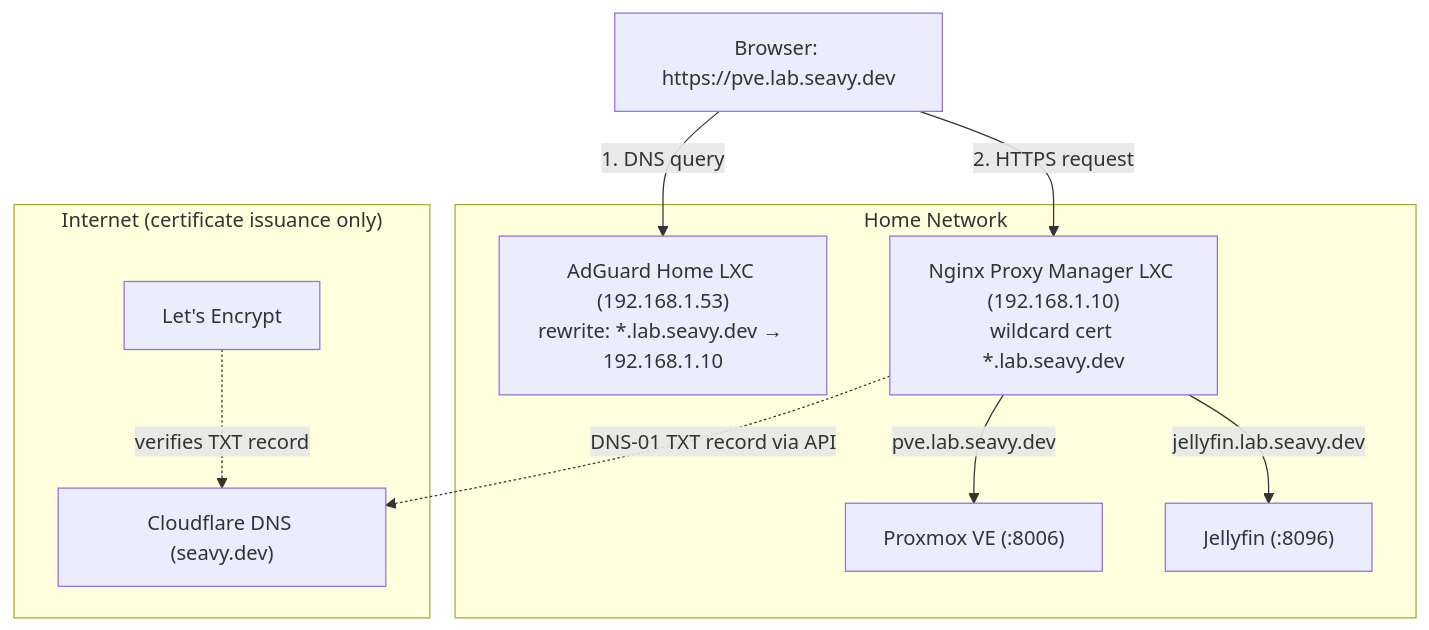
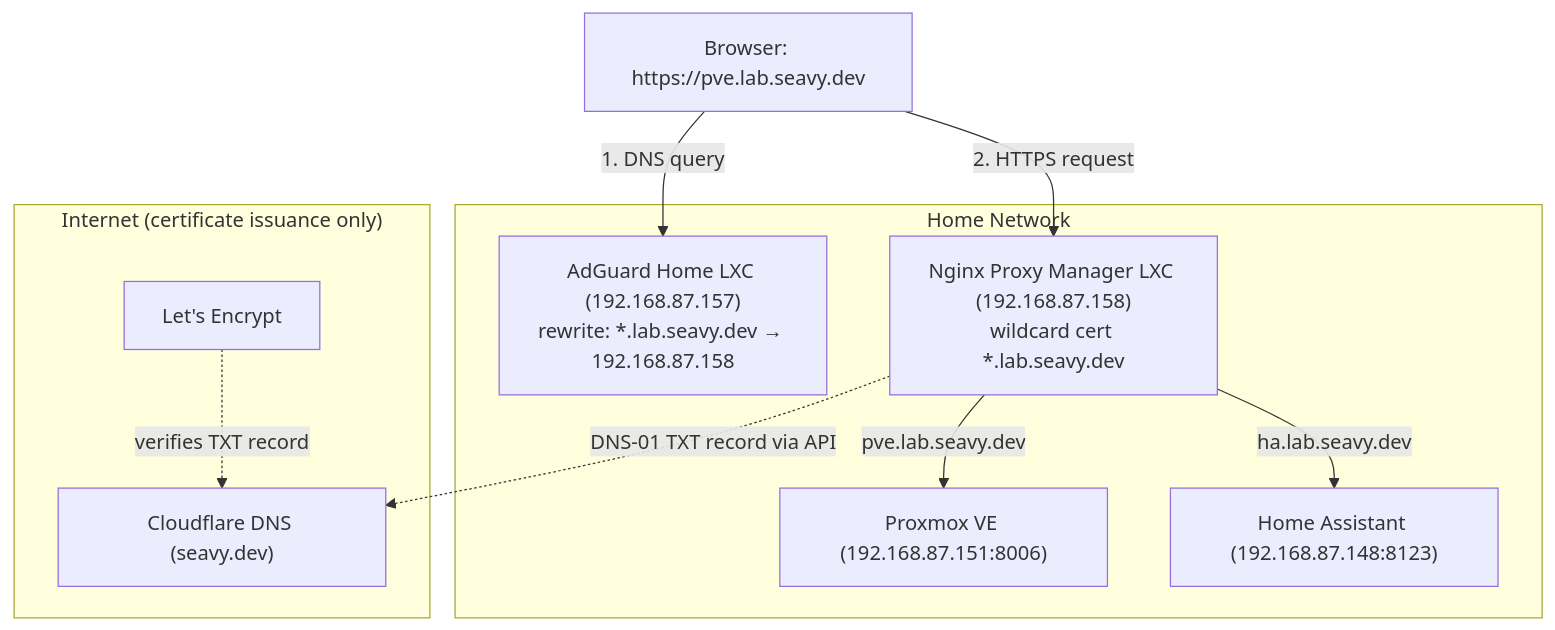
One commit to jermdw/jerm_ai_experiments changed the diagram in guides/home-network-local-dns.md. Above: the diagram before and after it, drawn with Mermaid. The commit also changed other lines of this file, not shown here.

````diff
--- a/guides/home-network-local-dns.md
+++ b/guides/home-network-local-dns.md
@@ -9,23 +9,23 @@
 ```mermaid
 flowchart TD
     Client["Browser: https://pve.lab.seavy.dev"]
 
     subgraph LAN["Home Network"]
-        AdGuard["AdGuard Home LXC (192.168.1.53)<br/>rewrite: *.lab.seavy.dev → 192.168.1.10"]
-        NPM["Nginx Proxy Manager LXC (192.168.1.10)<br/>wildcard cert *.lab.seavy.dev"]
-        PVE["Proxmox VE (:8006)"]
-        Jelly["Jellyfin (:8096)"]
+        AdGuard["AdGuard Home LXC (192.168.87.157)<br/>rewrite: *.lab.seavy.dev → 192.168.87.158"]
+        NPM["Nginx Proxy Manager LXC (192.168.87.158)<br/>wildcard cert *.lab.seavy.dev"]
+        PVE["Proxmox VE (192.168.87.151:8006)"]
+        HA["Home Assistant (192.168.87.148:8123)"]
     end
 
     subgraph Cloud["Internet (certificate issuance only)"]
         CF["Cloudflare DNS (seavy.dev)"]
         LE["Let's Encrypt"]
     end
 
     Client -->|1. DNS query| AdGuard
     Client -->|2. HTTPS request| NPM
     NPM -->|pve.lab.seavy.dev| PVE
-    NPM -->|jellyfin.lab.seavy.dev| Jelly
+    NPM -->|ha.lab.seavy.dev| HA
     NPM -.->|DNS-01 TXT record via API| CF
     LE -.->|verifies TXT record| CF
 ```
````
